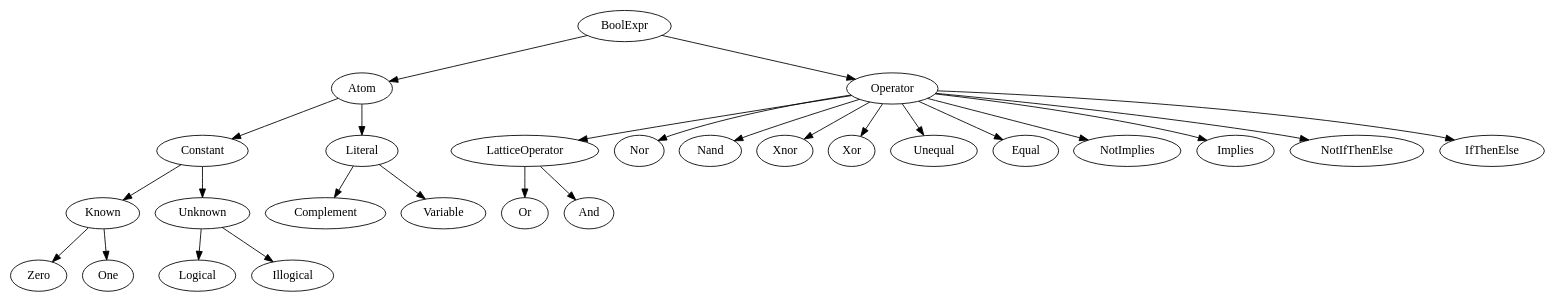
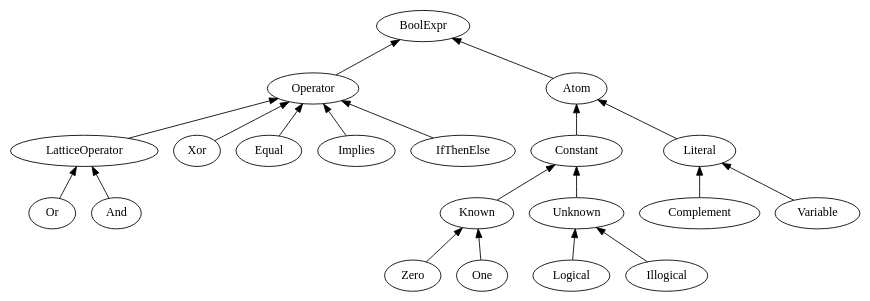
The diagram in doc/source/pyref.rst (cjdrake/boolexpr), drawn with Graphviz before and after one commit.

Commit message:
Improve the class hierarchy graph

```diff
--- a/doc/source/pyref.rst
+++ b/doc/source/pyref.rst
@@ -19,29 +19,25 @@
 .. graphviz::
 
    digraph bxhier {
-       BoolExpr -> Atom
-       BoolExpr -> Operator
-       Atom -> Constant
-       Atom -> Literal
-       Constant -> Known
-       Constant -> Unknown
-       Known -> Zero
-       Known -> One
-       Unknown -> Logical
-       Unknown -> Illogical
-       Literal -> Complement
-       Literal -> Variable
-       Operator -> LatticeOperator
-       LatticeOperator -> Or
-       LatticeOperator -> And
-       Operator -> Nor
-       Operator -> Nand
-       Operator -> Xnor
-       Operator -> Xor
-       Operator -> Unequal
-       Operator -> Equal
-       Operator -> NotImplies
-       Operator -> Implies
-       Operator -> NotIfThenElse
-       Operator -> IfThenElse
+       rankdir="BT"
+
+       Atom -> BoolExpr
+       Operator -> BoolExpr
+       Constant -> Atom
+       Literal -> Atom
+       Known -> Constant
+       Unknown -> Constant
+       Zero -> Known
+       One -> Known
+       Logical -> Unknown
+       Illogical -> Unknown
+       Complement -> Literal
+       Variable -> Literal
+       LatticeOperator -> Operator
+       Or -> LatticeOperator
+       And -> LatticeOperator
+       Xor -> Operator
+       Equal -> Operator
+       Implies -> Operator
+       IfThenElse -> Operator
    }
```
